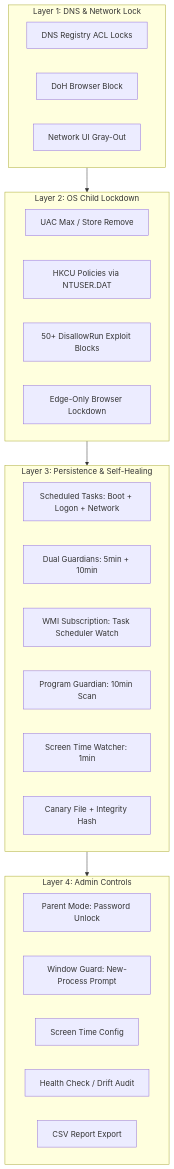
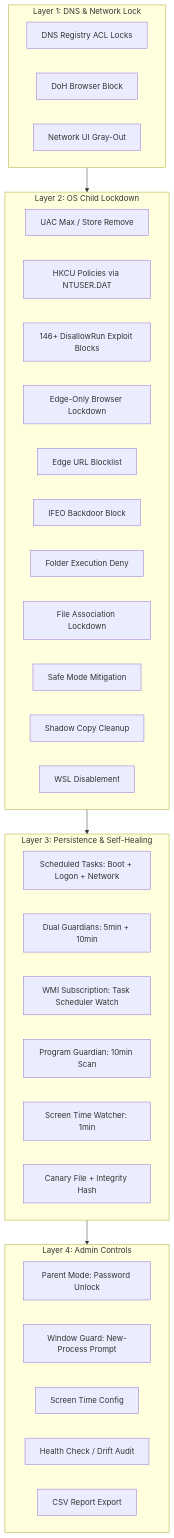
Before and after one commit to FreddeITsupport98/OS-Guard-DNS-Guard: the diagram in README.md, drawn with Mermaid. The commit also changed other lines of this file and 2 other files, not shown here.

First line of the commit message:
Add Bypass Mitigation Layer with 146+ DisallowRun entries

````diff
--- a/README.md
+++ b/README.md
@@ -110,31 +121,38 @@
 ```mermaid
 flowchart TB
     subgraph Layer1["Layer 1: DNS & Network Lock"]
         A1[DNS Registry ACL Locks]
         A2[DoH Browser Block]
         A3[Network UI Gray-Out]
     end
     subgraph Layer2["Layer 2: OS Child Lockdown"]
         B1[UAC Max / Store Remove]
         B2[HKCU Policies via NTUSER.DAT]
-        B3[50+ DisallowRun Exploit Blocks]
+        B3[146+ DisallowRun Exploit Blocks]
         B4[Edge-Only Browser Lockdown]
+        B5[Edge URL Blocklist]
+        B6[IFEO Backdoor Block]
+        B7[Folder Execution Deny]
+        B8[File Association Lockdown]
+        B9[Safe Mode Mitigation]
+        B10[Shadow Copy Cleanup]
+        B11[WSL Disablement]
     end
     subgraph Layer3["Layer 3: Persistence & Self-Healing"]
         C1[Scheduled Tasks: Boot + Logon + Network]
         C2[Dual Guardians: 5min + 10min]
         C3[WMI Subscription: Task Scheduler Watch]
         C4[Program Guardian: 10min Scan]
         C5[Screen Time Watcher: 1min]
         C6[Canary File + Integrity Hash]
     end
     subgraph Layer4["Layer 4: Admin Controls"]
         D1[Parent Mode: Password Unlock]
         D1b[Window Guard: New-Process Prompt]
         D2[Screen Time Config]
         D3[Health Check / Drift Audit]
         D4[CSV Report Export]
     end
 
     Layer1 --> Layer2 --> Layer3 --> Layer4
 ```
````
